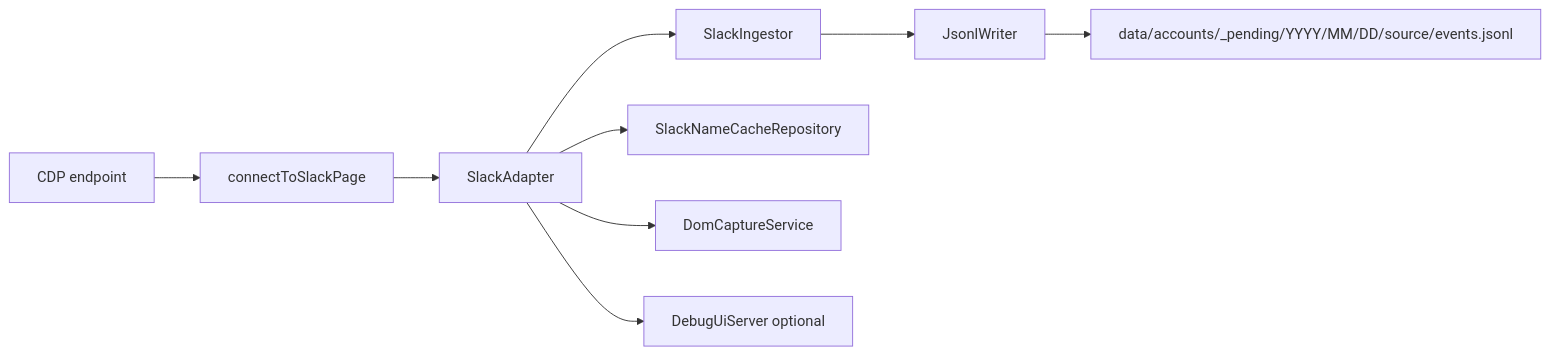
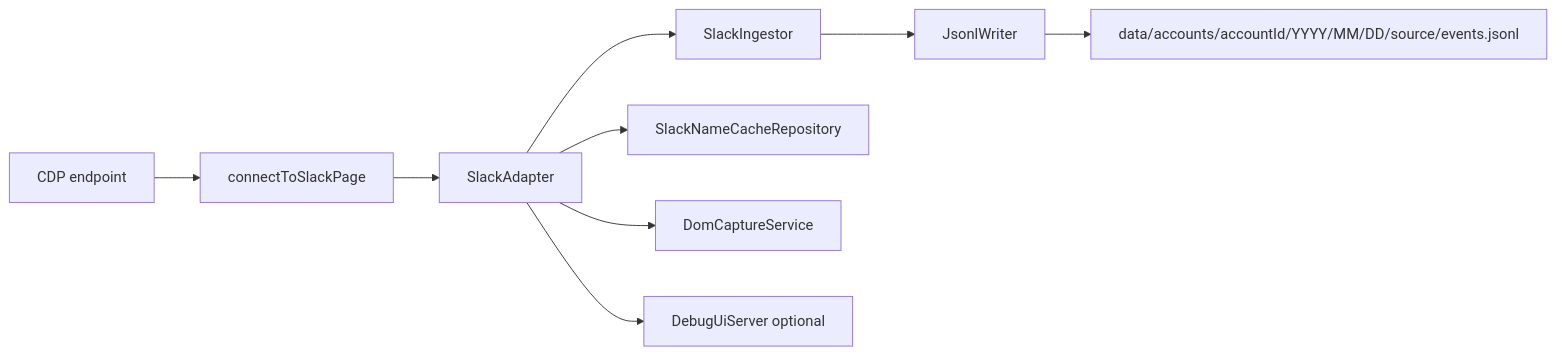
One commit to masahide/adjutant changed the diagram in doc/spec.md. Above: the diagram before and after it, drawn with Mermaid. The commit also changed other lines of this file and 119 other files, not shown here.

````diff
--- a/doc/spec.md
+++ b/doc/spec.md
@@ -76,11 +65,11 @@
 ```mermaid
 flowchart LR
   A[CDP endpoint] --> B[connectToSlackPage]
   B --> C[SlackAdapter]
   C --> D[SlackIngestor]
   D --> E[JsonlWriter]
-  E --> F[data/accounts/_pending/YYYY/MM/DD/source/events.jsonl]
+  E --> F[data/accounts/accountId/YYYY/MM/DD/source/events.jsonl]
   C --> G[SlackNameCacheRepository]
   C --> H[DomCaptureService]
   C --> I[DebugUiServer optional]
 ```
````
